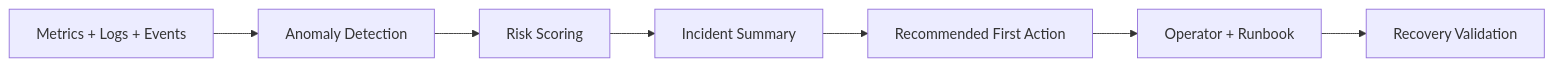
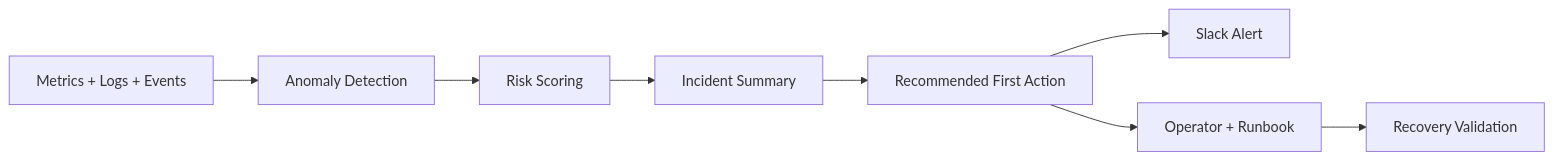
Before and after one commit to Here2ServeU/express-reliability-platform-course: the diagram in express-reliability-platform-v08/README.md, drawn with Mermaid. The commit also changed other lines of this file and 8 other files, not shown here.

````diff
--- a/express-reliability-platform-v08/README.md
+++ b/express-reliability-platform-v08/README.md
@@ -65,9 +66,10 @@
 ```mermaid
 flowchart LR
     Signals[Metrics + Logs + Events] --> Detect[Anomaly Detection]
     Detect --> Score[Risk Scoring]
     Score --> Summary[Incident Summary]
     Summary --> Action[Recommended First Action]
+    Action --> Slack[Slack Alert]
     Action --> Ops[Operator + Runbook]
     Ops --> Validate[Recovery Validation]
 ```
````
